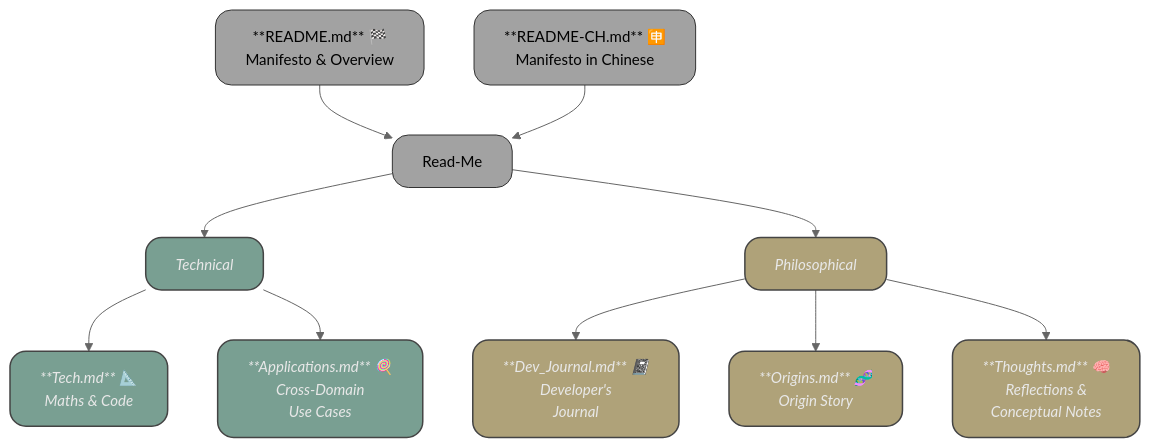
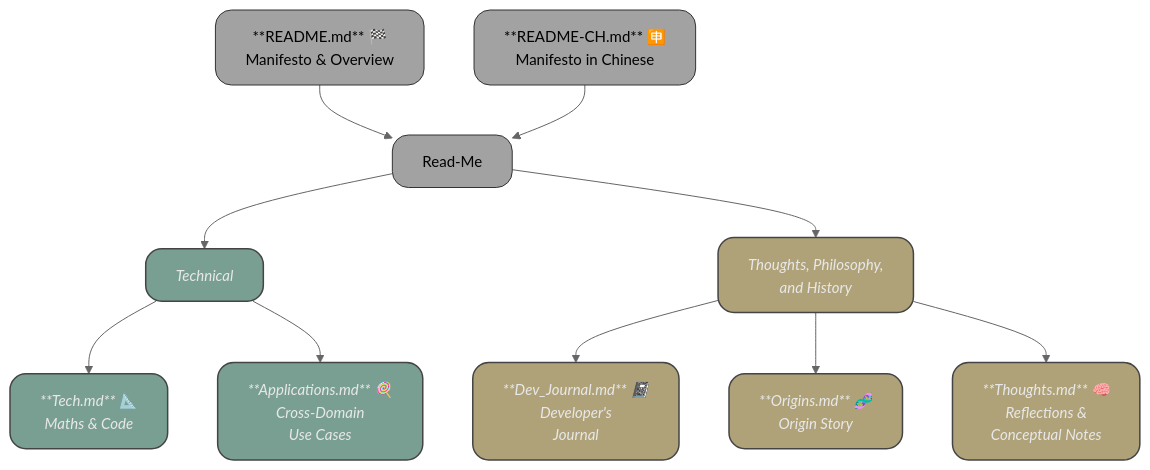
One commit to patwooky/fpsr changed the first of 2 diagrams in README.md. Above: the diagram before and after it, drawn with Mermaid.

Commit message:
Update README.md to clarify section naming for Thoughts, Philosophy, and History

````diff
--- a/README.md
+++ b/README.md
@@ -69,23 +69,23 @@
 ```mermaid
 %%{ init: { "theme": "neutral" } }%%
 graph TD
   A[**README.md** 🏁<br>Manifesto & Overview] --> A2[Read-Me] 
   A2 --> A3[Technical]
-  A2 --> A4[Philosophical]
+  A2 --> A4[Thoughts, Philosophy,<br>and History]
   C[**README-CH.md** 🈸<br>Manifesto in Chinese] --> A2
   A3 --> B[**Tech.md** 📐<br>Maths & Code]
   A3 --> D[**Applications.md** 🍭<br>Cross-Domain<br>Use Cases]
   A4 --> E[**Dev_Journal.md** 📓<br>Developer's<br>Journal]
 
   A4 --> F[**Origins.md** 🧬<br>Origin Story] 
   A4 --> G[**Thoughts.md** 🧠<br>Reflections &<br> Conceptual Notes]
 
   classDef fileStyle fill:#A2A2A2,stroke:#333,stroke-width:1px,color:#000,rx:16,ry:16,font-size:15px;
   classDef techHighlight fill:#799F92,stroke:#444,stroke-width:1.5px,color:#E8E8E8,rx:16,ry:16,font-size:15px,font-style:italic;
   classDef thoughtsHighlight fill:#AFA279,stroke:#444,stroke-width:1.5px,color:#E8E8E8,rx:16,ry:16,font-size:15px,font-style:italic;
   
 
   class A,C,A2,A3 fileStyle
   class B,D,A3 techHighlight
   class A4,E,F,G thoughtsHighlight
   ``` 
````
